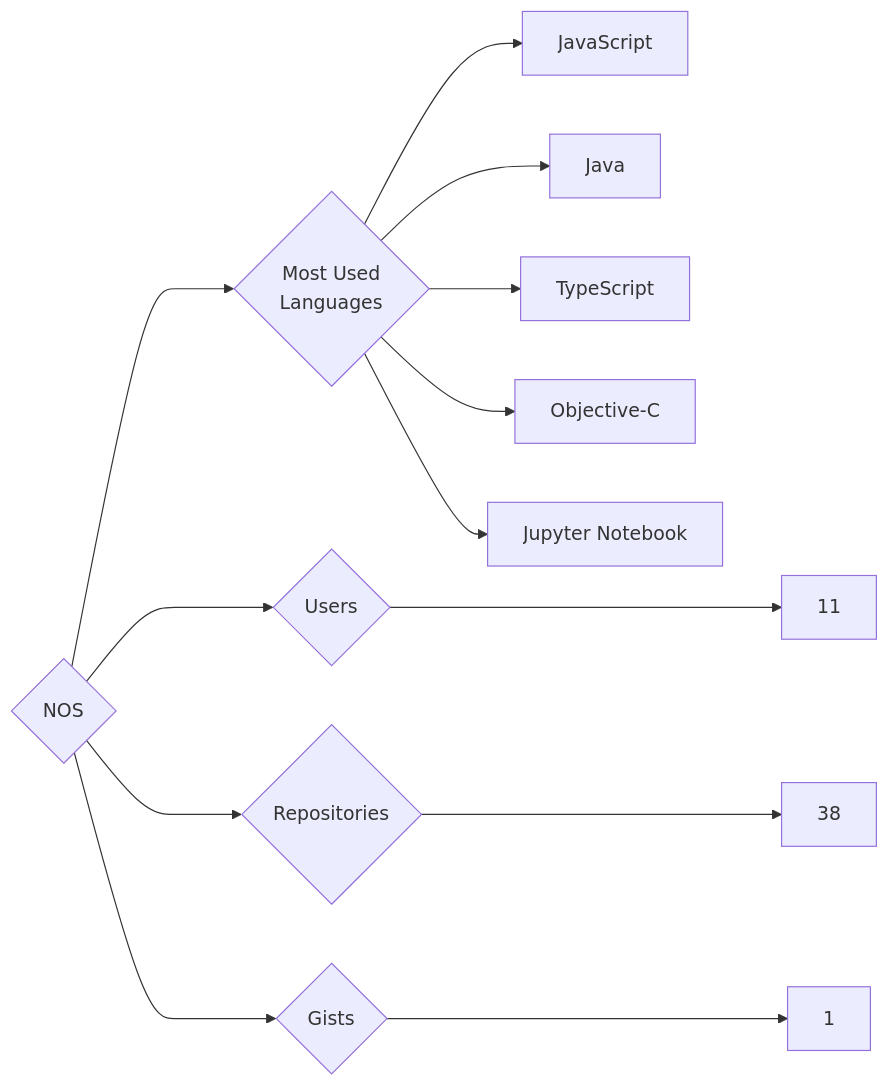
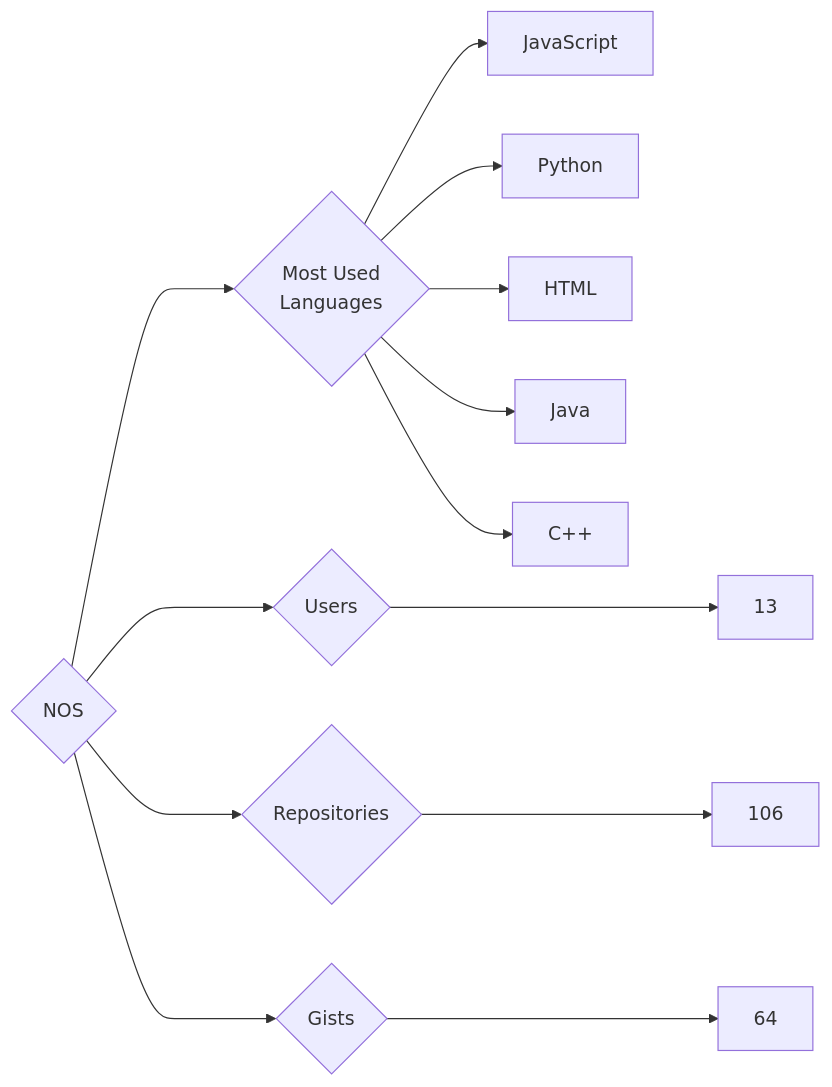
One commit to trickest/insiders changed the diagram in targets/NOS/README.md. Above: the diagram before and after it, drawn with Mermaid. The commit also changed 1508 other files, not shown here.

````diff
--- a/targets/NOS/README.md
+++ b/targets/NOS/README.md
@@ -3,13 +3,13 @@
 ```mermaid
 graph LR
 COMPANY_NAME{NOS}
-COMPANY_NAME ---> U{Users} ---> UN[11]
-COMPANY_NAME ---> R{Repositories} ---> RN[38]
-COMPANY_NAME ---> G{Gists} ---> GN[1]
+COMPANY_NAME ---> U{Users} ---> UN[13]
+COMPANY_NAME ---> R{Repositories} ---> RN[106]
+COMPANY_NAME ---> G{Gists} ---> GN[64]
 COMPANY_NAME ---> ML{Most Used<br>Languages}
 ML --> JavaScript[JavaScript]
+ML --> Python[Python]
+ML --> HTML[HTML]
 ML --> Java[Java]
-ML --> TypeScript[TypeScript]
-ML --> Objective-C[Objective-C]
-ML --> Jupyter_Notebook[Jupyter Notebook]
+ML --> C++[C++]
 ```
````
